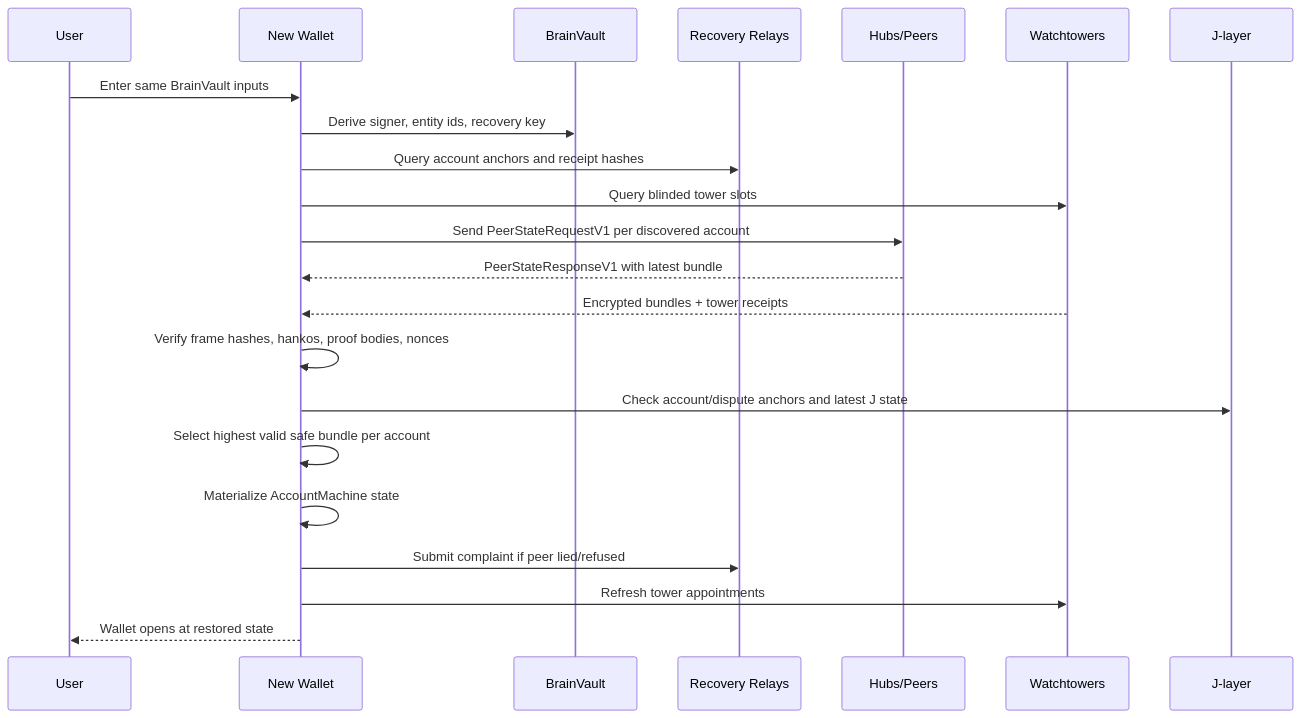
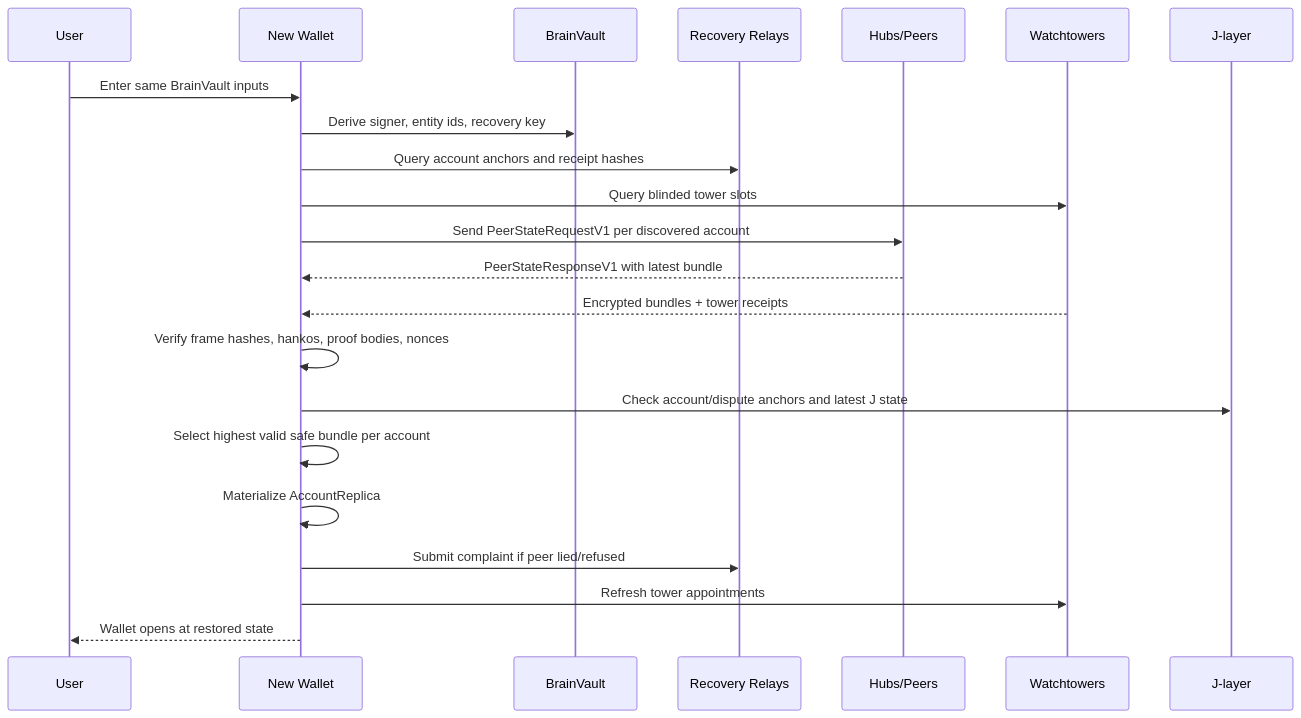
The diagram in docs/recovery-watchtower-protocol.md (xlnfinance/xln), drawn with Mermaid before and after one commit. The commit also changed other lines of this file and 7 other files, not shown here.

````diff
--- a/docs/recovery-watchtower-protocol.md
+++ b/docs/recovery-watchtower-protocol.md
@@ -448,25 +448,25 @@
 ```mermaid
 sequenceDiagram
   participant U as User
   participant W as New Wallet
   participant B as BrainVault
   participant R as Recovery Relays
   participant H as Hubs/Peers
   participant T as Watchtowers
   participant J as J-layer
 
   U->>W: Enter same BrainVault inputs
   W->>B: Derive signer, entity ids, recovery key
   W->>R: Query account anchors and receipt hashes
   W->>T: Query blinded tower slots
   W->>H: Send PeerStateRequestV1 per discovered account
   H-->>W: PeerStateResponseV1 with latest bundle
   T-->>W: Encrypted bundles + tower receipts
   W->>W: Verify frame hashes, hankos, proof bodies, nonces
   W->>J: Check account/dispute anchors and latest J state
   W->>W: Select highest valid safe bundle per account
-  W->>W: Materialize AccountMachine state
+  W->>W: Materialize AccountReplica
   W->>R: Submit complaint if peer lied/refused
   W->>T: Refresh tower appointments
   W-->>U: Wallet opens at restored state
 ```
````
